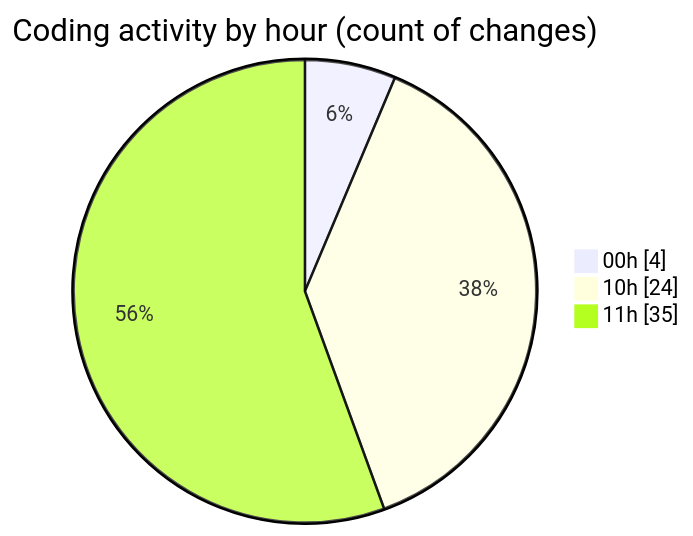
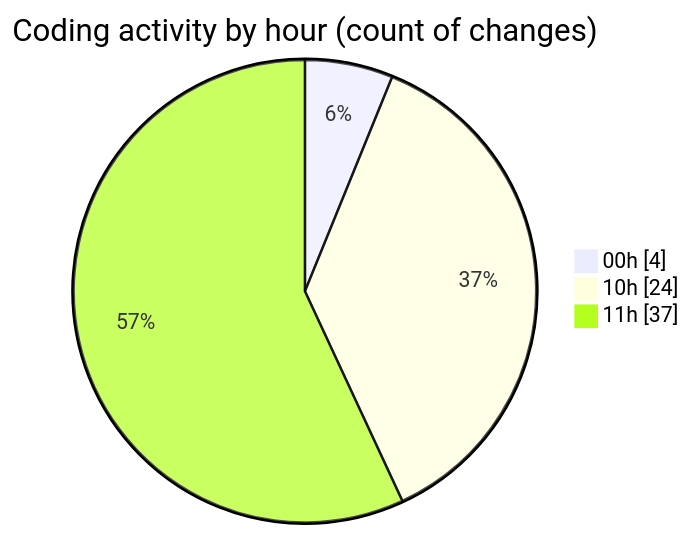
Before and after one commit to Netris89/code-tracking: the second of 2 diagrams in 2025-04-04/back-end/README.md, drawn with Mermaid. The commit also changed other lines of this file and 1 other file, not shown here.

````diff
--- a/2025-04-04/back-end/README.md
+++ b/2025-04-04/back-end/README.md
@@ -37,7 +37,7 @@
 ```mermaid
 pie showData
 title Coding activity by hour (count of changes)
 "00h" : 4
 "10h" : 24
-"11h" : 35
+"11h" : 37
 ```
````
